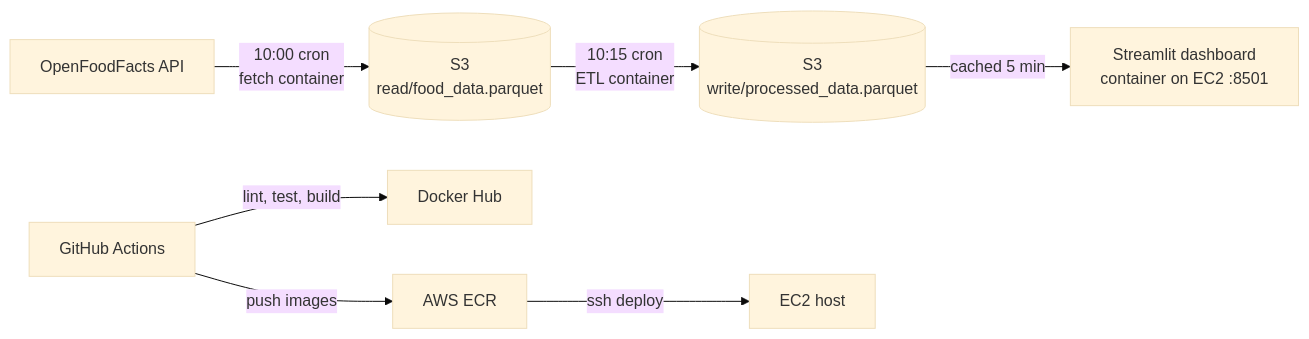
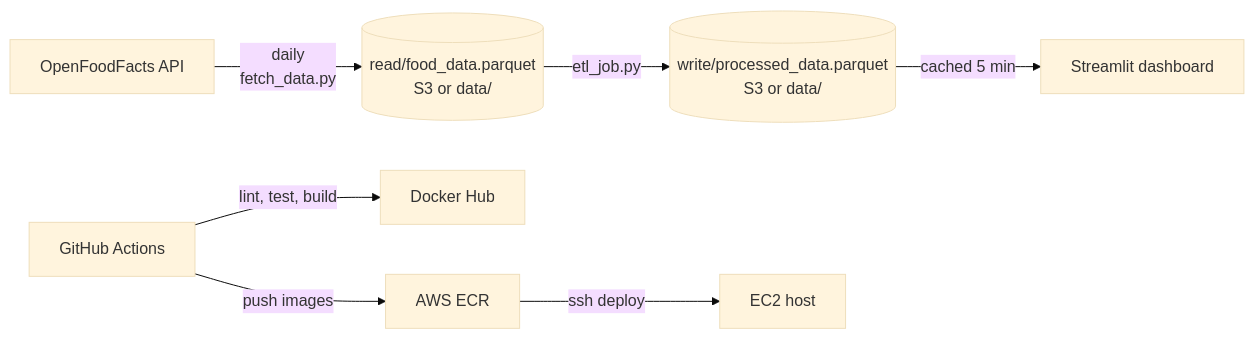
The diagram in README.md (Gunar-Oguz/food_calories), drawn with Mermaid (base theme) before and after one commit. The commit also changed other lines of this file and 16 other files, not shown here.

````diff
--- a/README.md
+++ b/README.md
@@ -17,9 +27,9 @@
 ```mermaid
 flowchart LR
-    API[OpenFoodFacts API] -->|10:00 cron<br/>fetch container| RAW[(S3<br/>read/food_data.parquet)]
-    RAW -->|10:15 cron<br/>ETL container| PROC[(S3<br/>write/processed_data.parquet)]
-    PROC -->|cached 5 min| APP[Streamlit dashboard<br/>container on EC2 :8501]
+    API[OpenFoodFacts API] -->|daily<br/>fetch_data.py| RAW[(read/food_data.parquet<br/>S3 or data/)]
+    RAW -->|etl_job.py| PROC[(write/processed_data.parquet<br/>S3 or data/)]
+    PROC -->|cached 5 min| APP[Streamlit dashboard]
     GH[GitHub Actions] -->|lint, test, build| HUB[Docker Hub]
     GH -->|push images| ECR[AWS ECR]
     ECR -->|ssh deploy| EC2[EC2 host]
 ```
````
